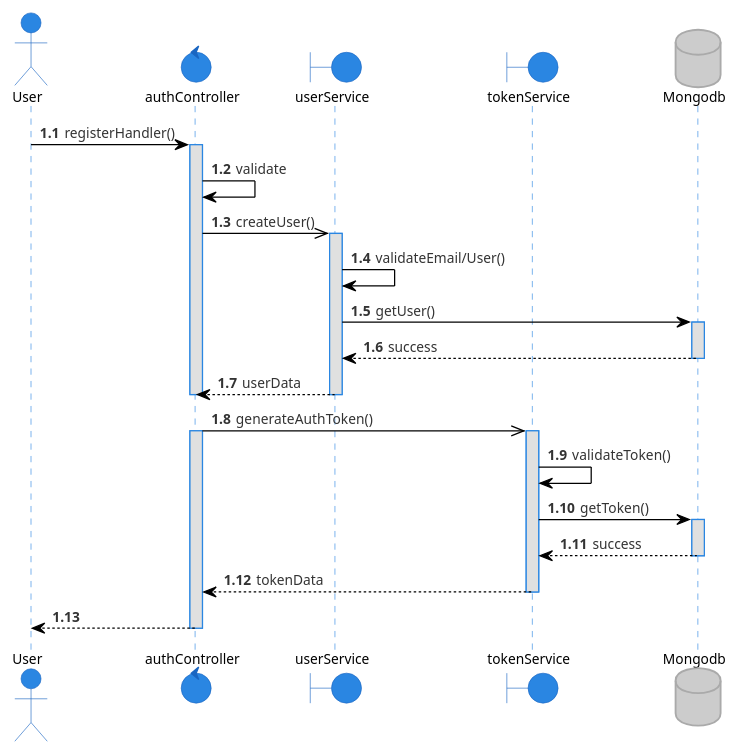
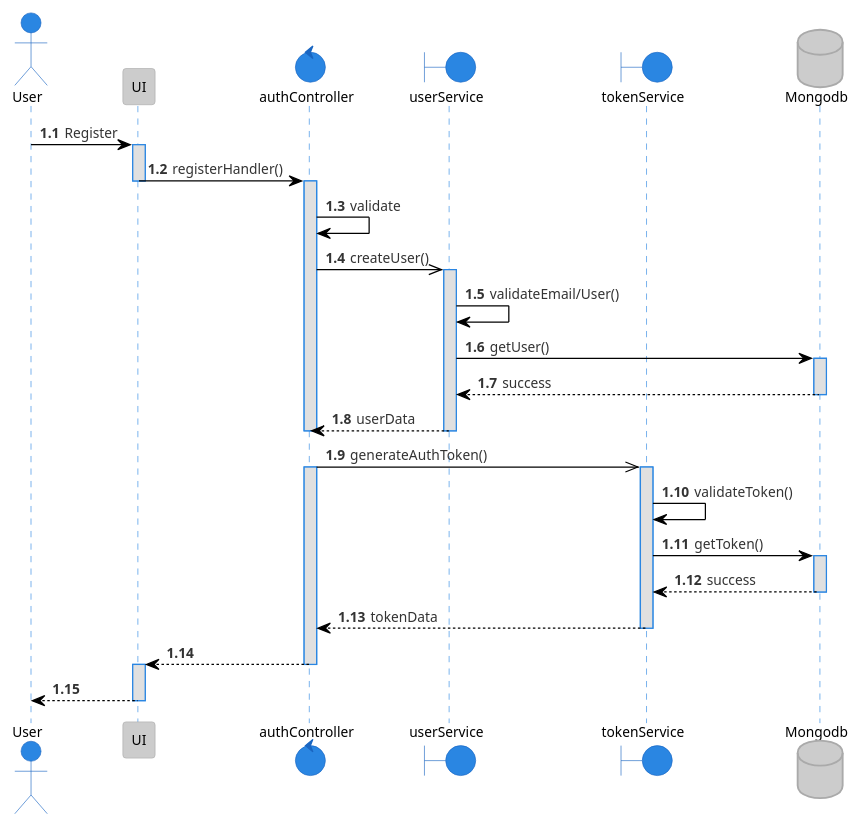
The diagram in plantuml/sequence/auth/register.puml (tuannm99/RMS), drawn with PlantUML before and after one commit.

Commit message:
update - auth sequence

```diff
--- a/plantuml/sequence/auth/register.puml
+++ b/plantuml/sequence/auth/register.puml
@@ -1,37 +1,44 @@
 @startuml regsiterSequence
 !theme reddress-lightblue
 
 autonumber 1.1
 actor User
+participant UI
 control  authController
 boundary userService
 boundary tokenService
 database Mongodb
 
-User -> authController: registerHandler()
+User -> UI: Register
+activate UI
+UI -> authController: registerHandler()
+deactivate UI
 activate authController
 authController -> authController: validate
 authController ->> userService: createUser()
 activate userService
 userService -> userService: validateEmail/User()
 userService -> Mongodb: getUser()
 activate Mongodb
 Mongodb --> userService: success
 deactivate Mongodb
 userService --> authController: userData
 deactivate userService
 deactivate authController
 
 authController ->> tokenService: generateAuthToken()
 activate authController
 activate tokenService
 tokenService -> tokenService: validateToken()
 tokenService -> Mongodb: getToken()
 activate Mongodb
 Mongodb --> tokenService: success
 deactivate Mongodb
 tokenService --> authController: tokenData
 deactivate tokenService
-authController --> User
+authController --> UI
 deactivate authController
+activate UI
+UI --> User
+deactivate UI
 @enduml
```
